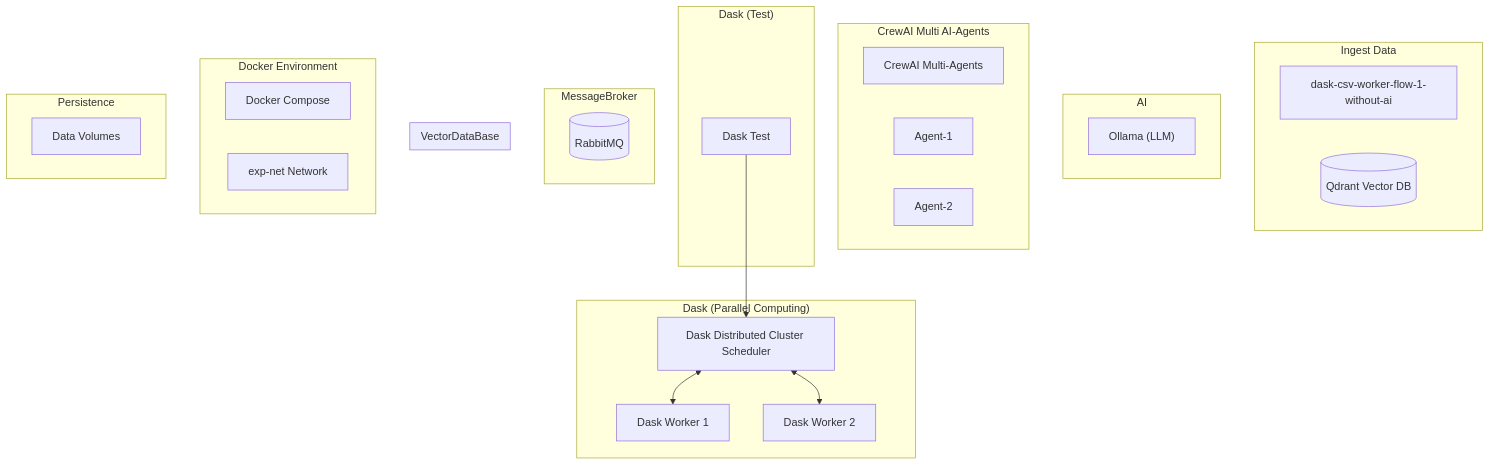
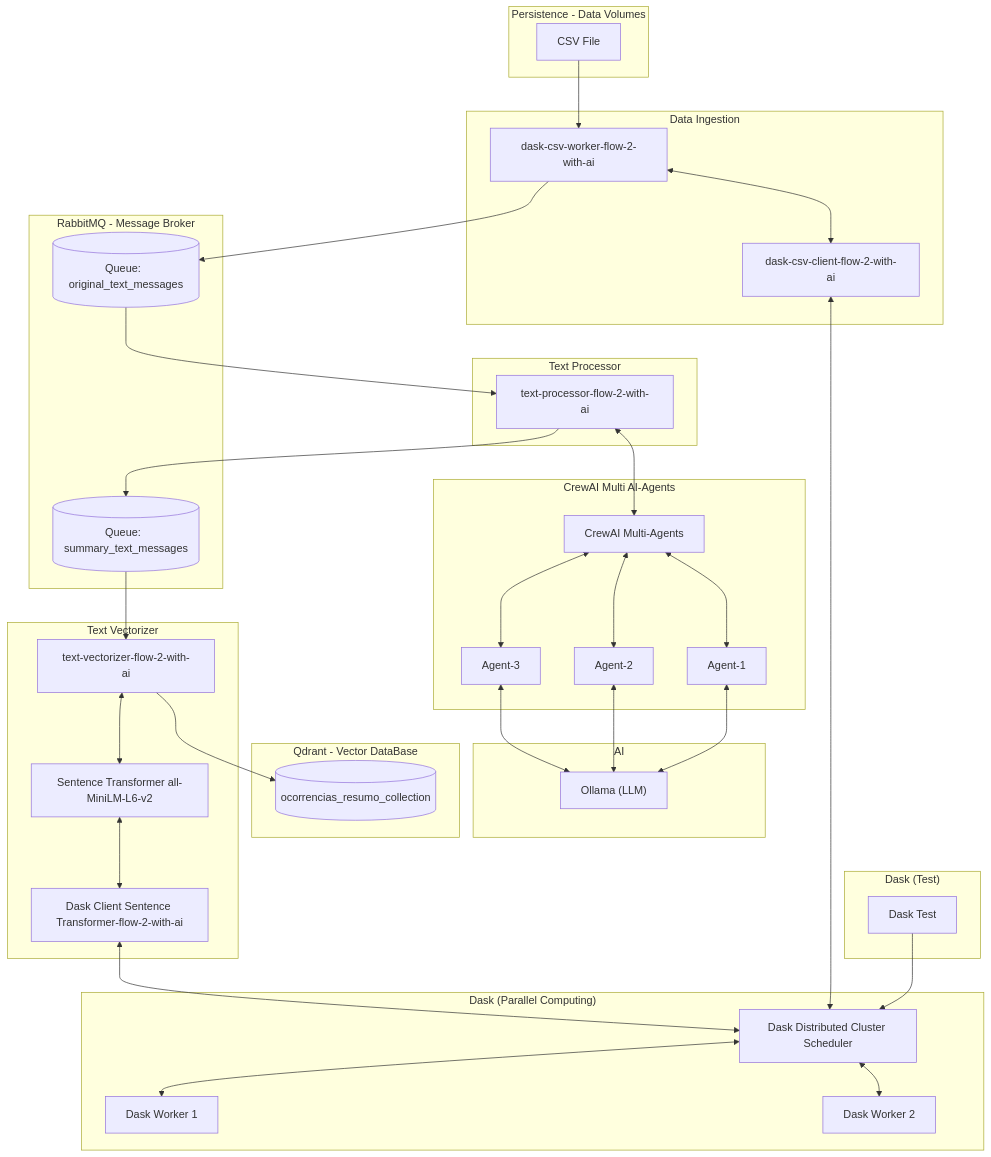
Before and after one commit to Daniel-Lim-Apo/dissertation-experiment-01: the second of 2 diagrams in README.md, drawn with Mermaid. The commit also changed other lines of this file, not shown here.

Commit message:
Updates mermaid graph with both flows.

````diff
--- a/README.md
+++ b/README.md
@@ -58,9 +122,9 @@
 ```mermaid
 graph TD
 
-    subgraph Ingest Data
-        dask-csv-worker-flow-1-without-ai
-        Qdrant[("Qdrant Vector DB")]
+    subgraph Data Ingestion
+        dask-csv-worker-flow-2-with-ai[dask-csv-worker-flow-2-with-ai]
+        dask-csv-client-flow-2-with-ai[dask-csv-client-flow-2-with-ai]
     end
 
     subgraph "AI"
@@ -71,39 +135,71 @@
         CrewAI["CrewAI Multi-Agents"]
         CrewAIAgent1["Agent-1"]
         CrewAIAgent2["Agent-2"]
+        CrewAIAgent3["Agent-3"]
     end
 
     subgraph "Dask (Parallel Computing)"
         DaskScheduler["Dask Distributed Cluster Scheduler"]
         DaskWorker1["Dask Worker 1"]
         DaskWorker2["Dask Worker 2"]
-        CrewAI["CrewAI Multi-Agents"]
     end
 
     subgraph "Dask (Test)"
         DaskTest["Dask Test"]
     end
     
-    subgraph MessageBroker
-        R[("RabbitMQ")]
-    end
-    
-
-    subgraph VectorDataBase
-        Qdrant[("Qdrant Vector DB")]
+    subgraph "RabbitMQ - Message Broker"
+        QUEUEoriginal_text_messages[(Queue:  original_text_messages)]
+        QUEUEsummary_text_messages[(Queue:  summary_text_messages)]
     end
 
-    subgraph "Docker Environment"
-        Docker["Docker Compose"]
-        Net["exp-net Network"]
+    subgraph "Qdrant - Vector DataBase"
+        ocorrencias_resumo_collection[(ocorrencias_resumo_collection)]
     end
 
-    subgraph Persistence
-        Vol["Data Volumes"]
+    subgraph "Text Processor"
+        text-processor-flow-2-with-ai["text-processor-flow-2-with-ai"]
     end
-   
+
+    subgraph "Text Vectorizer"
+        text-vectorizer-flow-2-with-ai["text-vectorizer-flow-2-with-ai"]
+        SentenceTransformer["Sentence Transformer all-MiniLM-L6-v2"]
+        SentenceTransformerDaskClient-flow-2-with-ai["Dask Client Sentence Transformer-flow-2-with-ai"]
+    end
+
+    subgraph "Persistence - Data Volumes"
+        CsvFile["CSV File"]
+    end
+
+    DaskScheduler <--> DaskWorker1
+    DaskScheduler <--> DaskWorker2
 
     DaskTest --> DaskScheduler
-    DaskScheduler <--> DaskWorker1
-    DaskScheduler <--> DaskWorker2
+
+    CrewAI <--> CrewAIAgent1
+    CrewAI <--> CrewAIAgent2
+    CrewAI <--> CrewAIAgent3
+
+    CrewAIAgent1 <--> Ollama
+    CrewAIAgent2 <--> Ollama
+    CrewAIAgent3 <--> Ollama
+
+    CsvFile --> dask-csv-worker-flow-2-with-ai
+
+    dask-csv-worker-flow-2-with-ai <--> dask-csv-client-flow-2-with-ai
+    dask-csv-client-flow-2-with-ai <--> DaskScheduler
+
+    dask-csv-worker-flow-2-with-ai --> QUEUEoriginal_text_messages
+
+    QUEUEoriginal_text_messages --> text-processor-flow-2-with-ai 
+    text-processor-flow-2-with-ai <--> CrewAI
+    text-processor-flow-2-with-ai --> QUEUEsummary_text_messages
+    QUEUEsummary_text_messages --> text-vectorizer-flow-2-with-ai
+    text-vectorizer-flow-2-with-ai <--> SentenceTransformer
+
+    SentenceTransformer <--> SentenceTransformerDaskClient-flow-2-with-ai
+    SentenceTransformerDaskClient-flow-2-with-ai <--> DaskScheduler
+
+    text-vectorizer-flow-2-with-ai --> ocorrencias_resumo_collection
+
 ```
````
